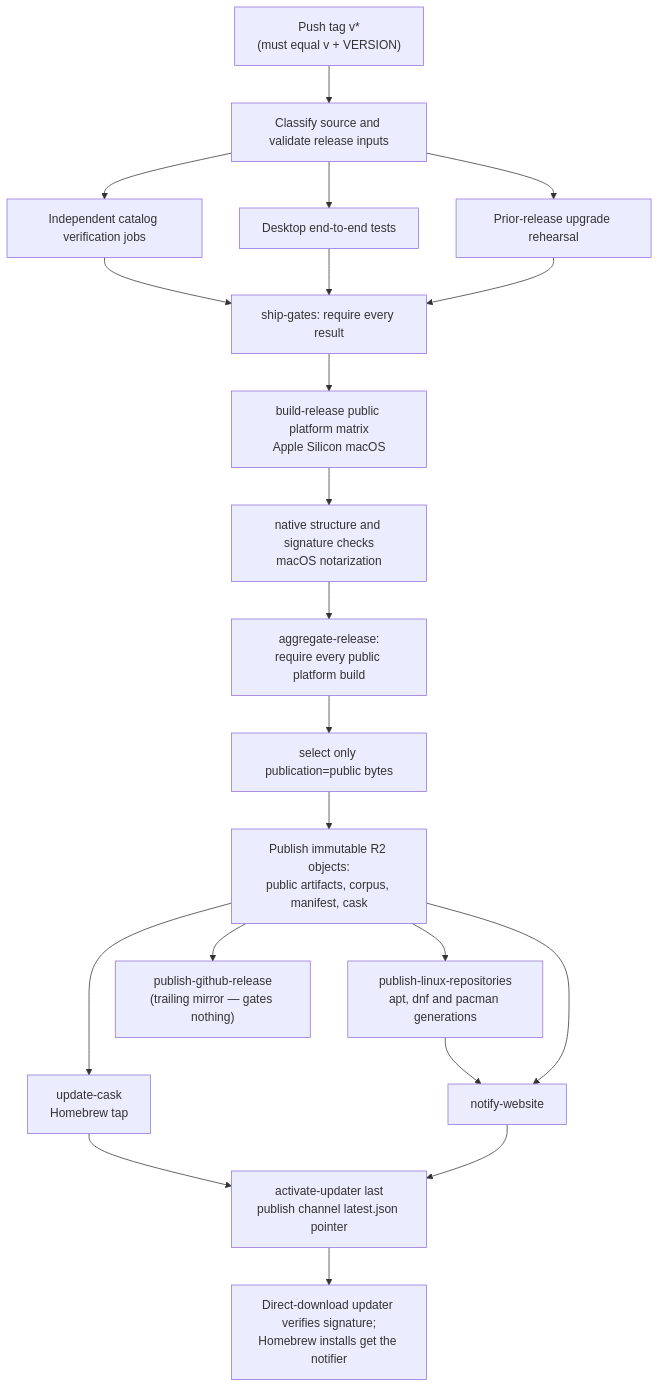
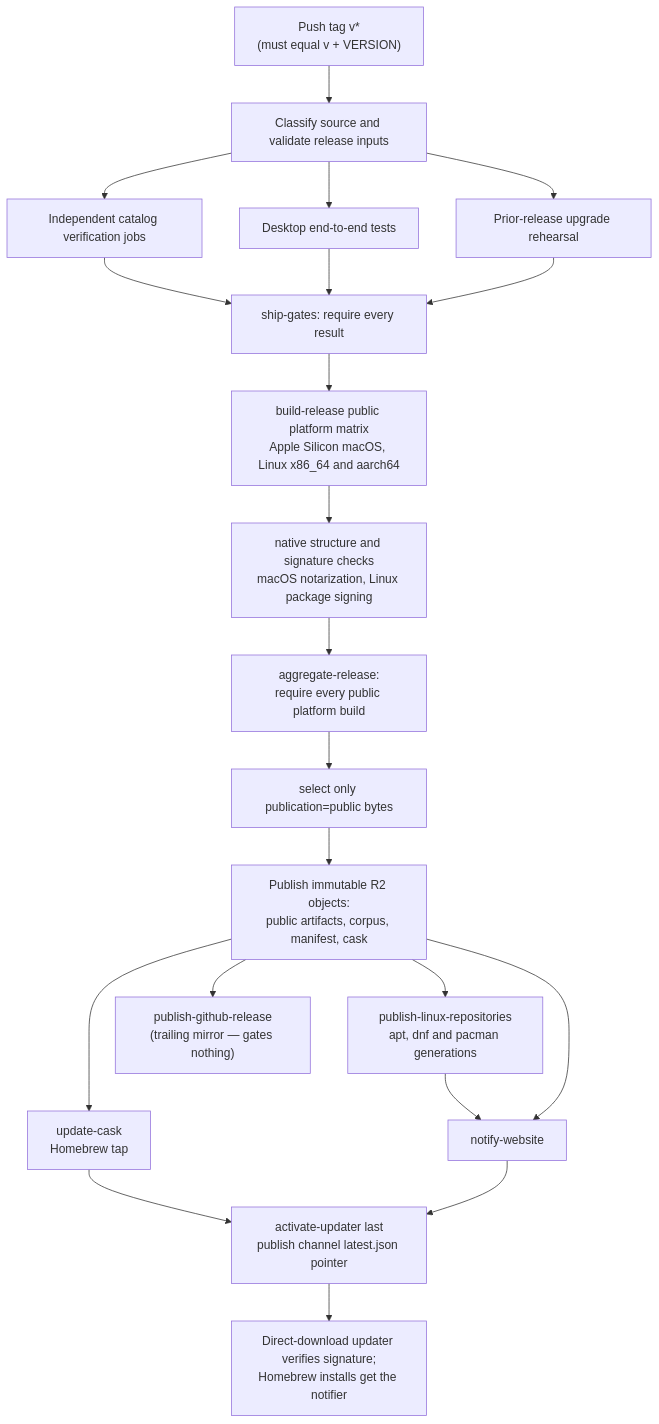
Before and after one commit to paintedwolf-ai/paintedwolf-code: the diagram in docs/dev-tasks.md, drawn with Mermaid. The commit also changed other lines of this file and 6 other files, not shown here.

First line of the commit message:
Publish both Linux architectures through the shared release lane

````diff
--- a/docs/dev-tasks.md
+++ b/docs/dev-tasks.md
@@ -949,23 +949,23 @@
 ```mermaid
 flowchart TD
     tag["Push tag v*<br/>(must equal v + VERSION)"] --> preflight["Classify source and validate release inputs"]
     preflight --> checks["Independent catalog verification jobs"]
     preflight --> desktop["Desktop end-to-end tests"]
     preflight --> upgrade["Prior-release upgrade rehearsal"]
     checks --> gates["ship-gates: require every result"]
     desktop --> gates
     upgrade --> gates
-    gates --> bundle["build-release public platform matrix<br/>Apple Silicon macOS"]
-    bundle --> verify["native structure and signature checks<br/>macOS notarization"]
+    gates --> bundle["build-release public platform matrix<br/>Apple Silicon macOS, Linux x86_64 and aarch64"]
+    bundle --> verify["native structure and signature checks<br/>macOS notarization, Linux package signing"]
     verify --> aggregate["aggregate-release:<br/>require every public platform build"]
     aggregate --> boundary["select only publication=public bytes"]
     boundary --> r2["Publish immutable R2 objects:<br/>public artifacts, corpus, manifest, cask"]
     r2 --> cask["update-cask<br/>Homebrew tap"]
     r2 --> linux["publish-linux-repositories<br/>apt, dnf and pacman generations"]
     linux --> www
     r2 --> mirror["publish-github-release<br/>(trailing mirror — gates nothing)"]
     r2 --> www["notify-website"]
     cask --> activate["activate-updater last<br/>publish channel latest.json pointer"]
     www --> activate
     activate --> clients["Direct-download updater verifies signature;<br/>Homebrew installs get the notifier"]
 ```
````
